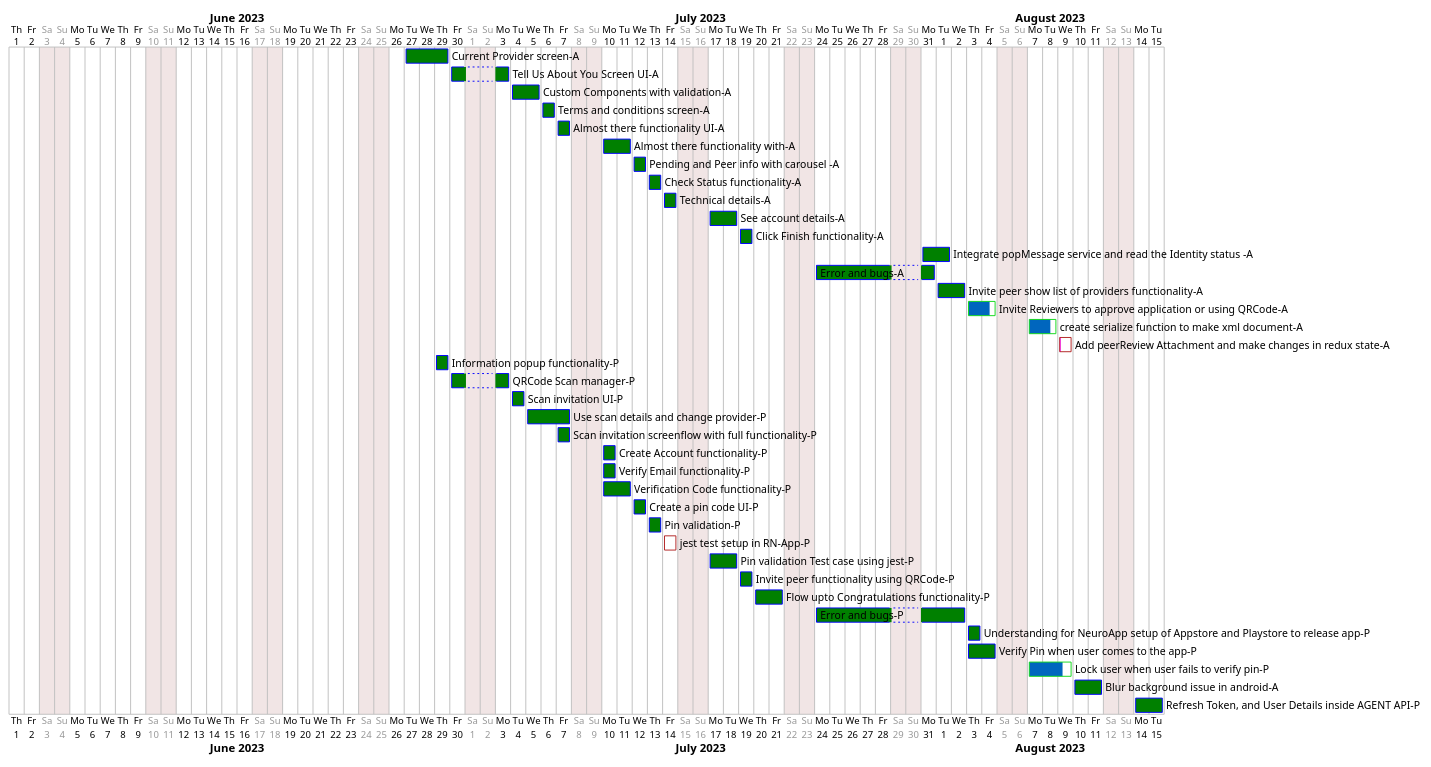
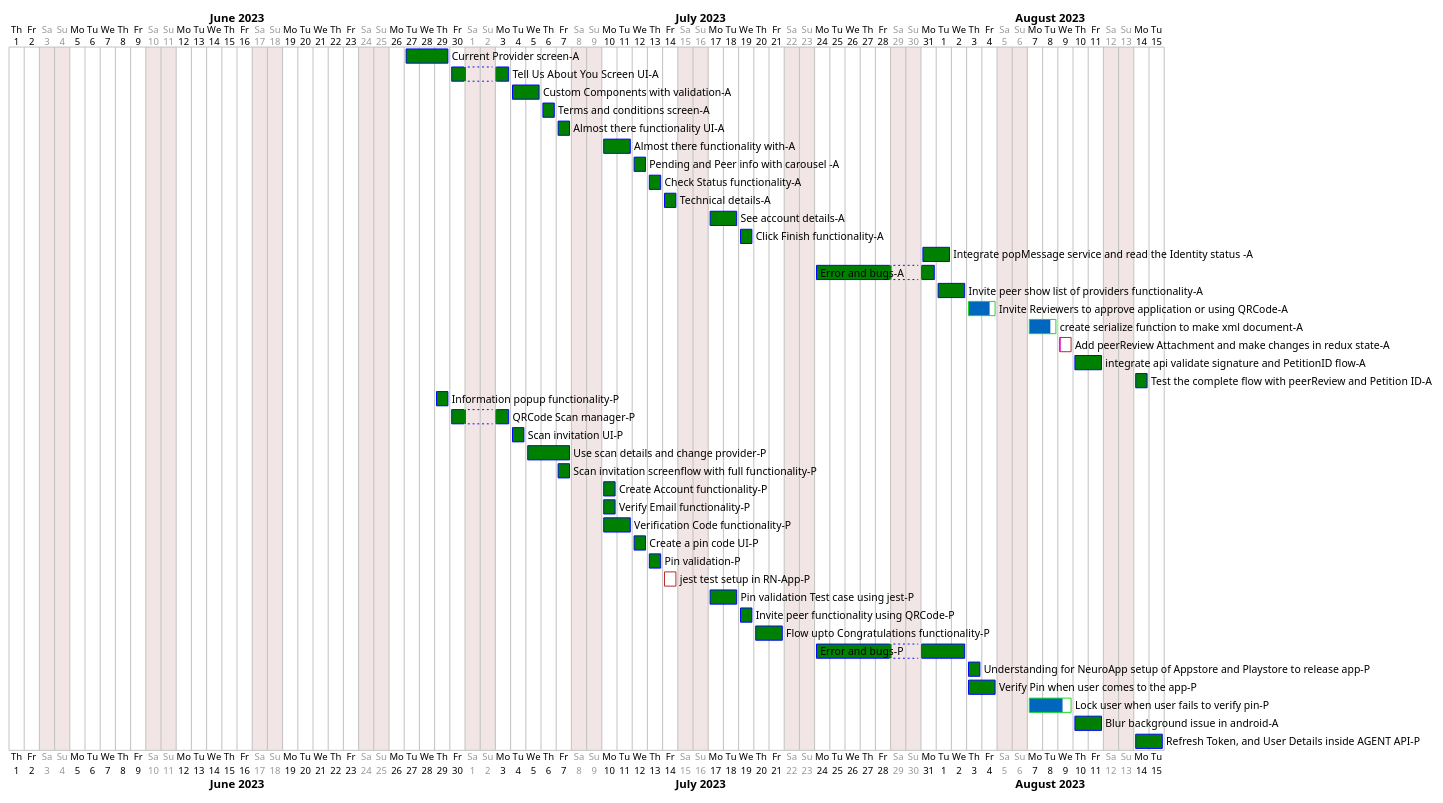
The diagram in doc/Onboarding-Flow.puml (Trust-Anchor-Group/NeuroAccessReactNative), drawn with PlantUML before and after one commit.

Commit message:
Update Onboarding-Flow.puml
Add new tasks with status

```diff
--- a/doc/Onboarding-Flow.puml
+++ b/doc/Onboarding-Flow.puml
@@ -1,102 +1,104 @@
 @startgantt
 
 saturday are closed
 sunday are closed
 
 
 <style>
 
 ganttDiagram {
   task {
     BackGroundColor Green
     LineColor Blue
     unstarted {
       BackGroundColor Fuchsia 
       LineColor FireBrick
     }
   }
 }
 
 </style>
 
 Project starts 2023-06-01
 [Current Provider screen-A] starts 2023-06-27 and ends 2023-06-29
 [Tell Us About You Screen UI-A] starts 2023-06-30 and ends 2023-07-03
 [Custom Components with validation-A] starts 2023-07-04 and ends 2023-07-05
 [Terms and conditions screen-A] starts 2023-07-06 and ends 2023-07-06
 [Almost there functionality UI-A] starts 2023-07-07 and ends 2023-07-07
 [Almost there functionality with-A] starts 2023-07-10 and ends 2023-07-11
 [Pending and Peer info with carousel -A] starts 2023-07-12 and ends 2023-07-12
 [Check Status functionality-A] starts 2023-07-13 and ends 2023-07-13
 [Technical details-A] starts 2023-07-14 and ends 2023-07-14
 [See account details-A] starts 2023-07-17 and ends 2023-07-18
 [Click Finish functionality-A] starts 2023-07-19 and ends 2023-07-19
 [Integrate popMessage service and read the Identity status -A] starts 2023-07-31 and ends 2023-08-01
 [Error and bugs-A] starts 2023-07-24 and ends 2023-07-31
 [Invite peer show list of providers functionality-A] starts 2023-08-01 and ends 2023-08-02
 [Invite Reviewers to approve application or using QRCode-A] starts 2023-08-03 and ends 2023-08-04
 [create serialize function to make xml document-A] starts 2023-08-07 and ends 2023-08-08
 [Add peerReview Attachment and make changes in redux state-A] starts 2023-08-09 and ends 2023-08-09
+[integrate api validate signature and PetitionID flow-A] starts 2023-08-10 and ends 2023-08-11
+[Test the complete flow with peerReview and Petition ID-A] starts 2023-08-12 and ends 2023-08-14
 
 [Current Provider screen-A] is 100% complete
 [Tell Us About You Screen UI-A] is 100% complete
 [Custom Components with validation-A] is 100% complete
 [Terms and conditions screen-A] is 100% complete
 [Almost there functionality UI-A] is 100% complete
 [Almost there functionality with-A] is 100% complete
 [Pending and Peer info with carousel -A] is 100% complete
 [Check Status functionality-A] is 100% complete
 [Technical details-A] is 100% complete
 [See account details-A] is 100% complete
 [Click Finish functionality-A] is 100% complete
 [Integrate popMessage service and read the Identity status -A] is 100% complete
 [Error and bugs-A] is 100% complete
 [Invite peer show list of providers functionality-A] is 100% complete
 [Invite Reviewers to approve application or using QRCode-A] is 80% complete
 [create serialize function to make xml document-A] is 80% complete
 [Add peerReview Attachment and make changes in redux state-A] is 10% complete
 
 
 [Information popup functionality-P] starts 2023-06-29 and ends 2023-06-29
 [QRCode Scan manager-P] starts 2023-06-30 and ends 2023-07-03
 [Scan invitation UI-P] starts 2023-07-04 and ends 2023-07-04
 [Use scan details and change provider-P] starts 2023-07-05 and ends 2023-07-07
 [Scan invitation screenflow with full functionality-P] starts 2023-07-07 and ends 2023-07-07
 [Create Account functionality-P] starts 2023-07-10 and ends 2023-07-10
 [Verify Email functionality-P] starts 2023-07-10 and ends 2023-07-10
 [Verification Code functionality-P] starts 2023-07-10 and ends 2023-07-11
 [Create a pin code UI-P] starts 2023-07-12 and ends 2023-07-12
 [Pin validation-P] starts 2023-07-13 and ends 2023-07-13
 [jest test setup in RN-App-P] starts 2023-07-14 and ends 2023-07-14
 [Pin validation Test case using jest-P] starts 2023-07-17 and ends 2023-07-18
 [Invite peer functionality using QRCode-P] starts 2023-07-19 and ends 2023-07-19
 [Flow upto Congratulations functionality-P] starts 2023-07-20 and ends 2023-07-21
 [Error and bugs-P] starts 2023-07-24 and ends 2023-08-02
 [Understanding for NeuroApp setup of Appstore and Playstore to release app-P] starts 2023-08-03 and ends 2023-08-03
 [Verify Pin when user comes to the app-P] starts 2023-08-03 and ends 2023-08-04
 [Lock user when user fails to verify pin-P] starts 2023-08-05 and ends 2023-08-09
 [Blur background issue in android-A] starts 2023-08-10 and ends 2023-08-11
 [Refresh Token, and User Details inside AGENT API-P] starts 2023-08-14 and ends 2023-08-15
 
 
 [Information popup functionality-P] is 100% complete
 [QRCode Scan manager-P] is 100% complete
 [Scan invitation UI-P] is 100% complete
 [Use scan details and change provider-P] is 100% complete
 [Scan invitation screenflow with full functionality-P] is 100% complete
 [Create Account functionality-P] is 100% complete
 [Verify Email functionality-P] is 100% complete
 [Verification Code functionality-P] is 100% complete
 [Create a pin code UI-P] is 100% complete
 [Pin validation-P] is 100% complete
 [jest test setup in RN-App-P] is 1% complete
 [Pin validation Test case using jest-P] is 100% complete
 [Invite peer functionality using QRCode-P] is 100% complete
 [Flow upto Congratulations functionality-P] is 100% complete
 [Error and bugs-P] is 100% complete
 [Understanding for NeuroApp setup of Appstore and Playstore to release app-P] is 100% complete
 [Verify Pin when user comes to the app-P] is 100% complete
 [Lock user when user fails to verify pin-P] is 80% complete
 
 
 @endgantt
```
